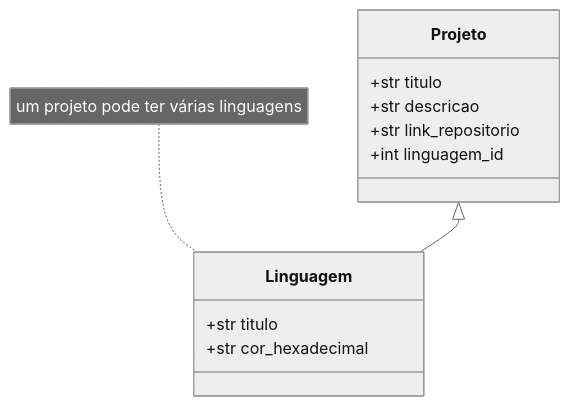
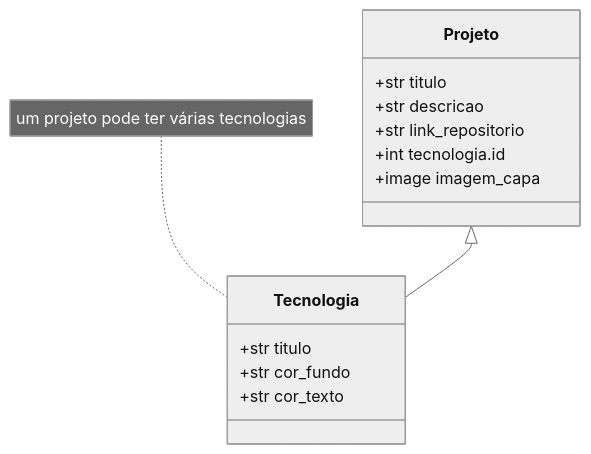
Before and after one commit to igorpaula7/portifolio: the diagram in README.md, drawn with Mermaid (neutral theme). The commit also changed other lines of this file, not shown here.

Commit message:
docs: inserção da seção tecnologias e dependências, como usar no readme.md, além da atualização das seções principais funcionalidades e modelagem de dados

````diff
--- a/README.md
+++ b/README.md
@@ -30,19 +79,21 @@
 ```mermaid
 classDiagram
+
+    class Tecnologia {
+      +str titulo
+      +str cor_fundo
+      +str cor_texto
+    }
 
     class Projeto {
         +str titulo
         +str descricao
         +str link_repositorio
-        +int linguagem_id
+        +int tecnologia.id
+        +image imagem_capa
     }
 
-    class Linguagem {
-      +str titulo
-      +str cor_hexadecimal
-    }
+  Projeto <|-- Tecnologia
 
-  Projeto <|-- Linguagem
-
-  note for Linguagem "um projeto pode ter várias linguagens"
+  note for Tecnologia "um projeto pode ter várias tecnologias"
 ```
````
